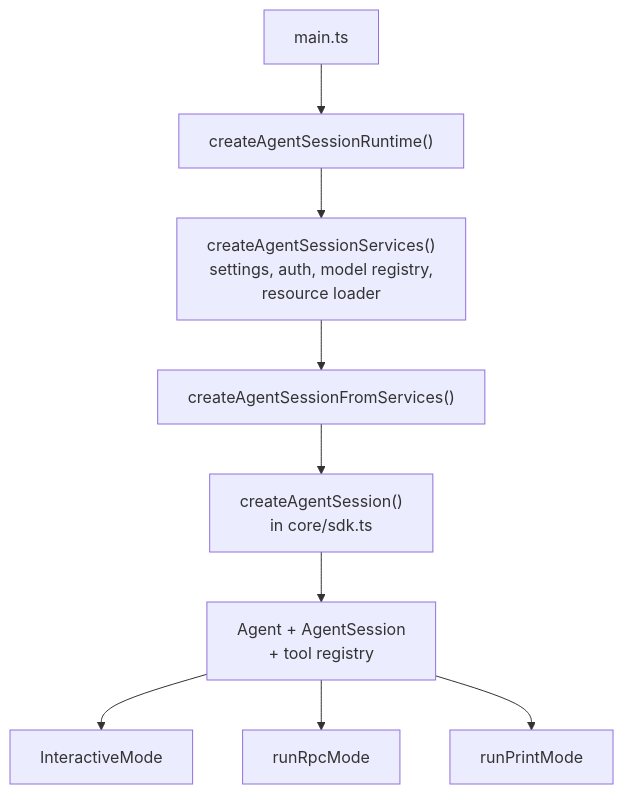
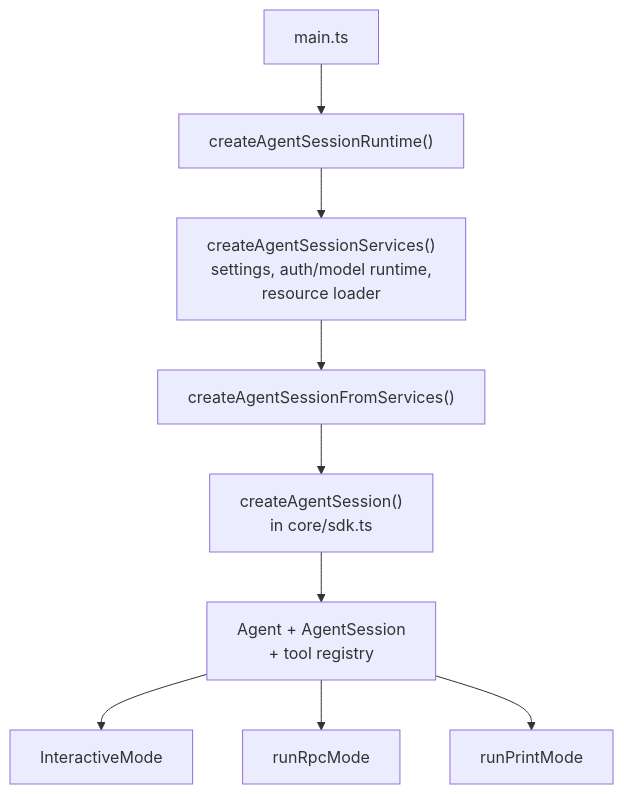
One commit to lukechen526/pi changed the fifth of 6 diagrams in developer-guide/05-architecture-for-extensions.qmd. Above: the diagram before and after it, drawn with Mermaid. The commit also changed other lines of this file and 20 other files, not shown here.

````diff
--- a/developer-guide/05-architecture-for-extensions.qmd
+++ b/developer-guide/05-architecture-for-extensions.qmd
@@ -437,13 +444,13 @@
 ```{mermaid}
 %%| label: fig-startup-path
 %%| fig-cap: "Startup construction. Services are built first, the session wraps an Agent around them, then one of the three run modes takes over."
 flowchart TD
   M["main.ts"] --> R["createAgentSessionRuntime()"]
-  R --> S["createAgentSessionServices()<br/>settings, auth, model registry,<br/>resource loader"]
+  R --> S["createAgentSessionServices()<br/>settings, auth/model runtime,<br/>resource loader"]
   S --> FS["createAgentSessionFromServices()"]
   FS --> C["createAgentSession()<br/>in core/sdk.ts"]
   C --> A["Agent + AgentSession<br/>+ tool registry"]
   A --> I["InteractiveMode"]
   A --> RPC["runRpcMode"]
   A --> P["runPrintMode"]
 ```
````
